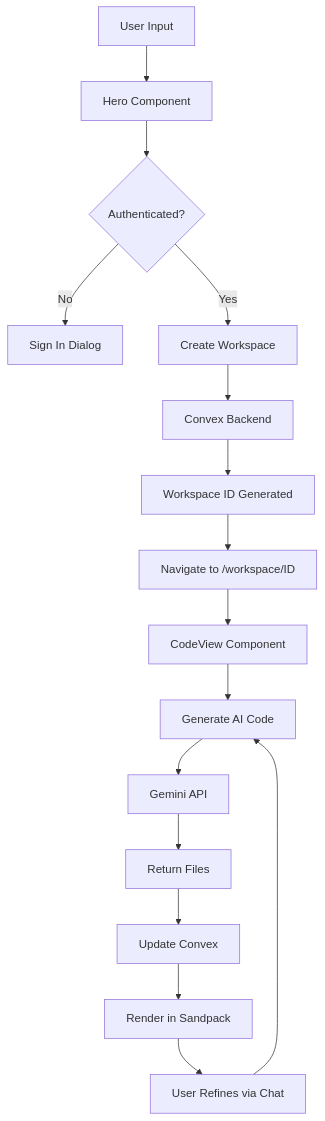
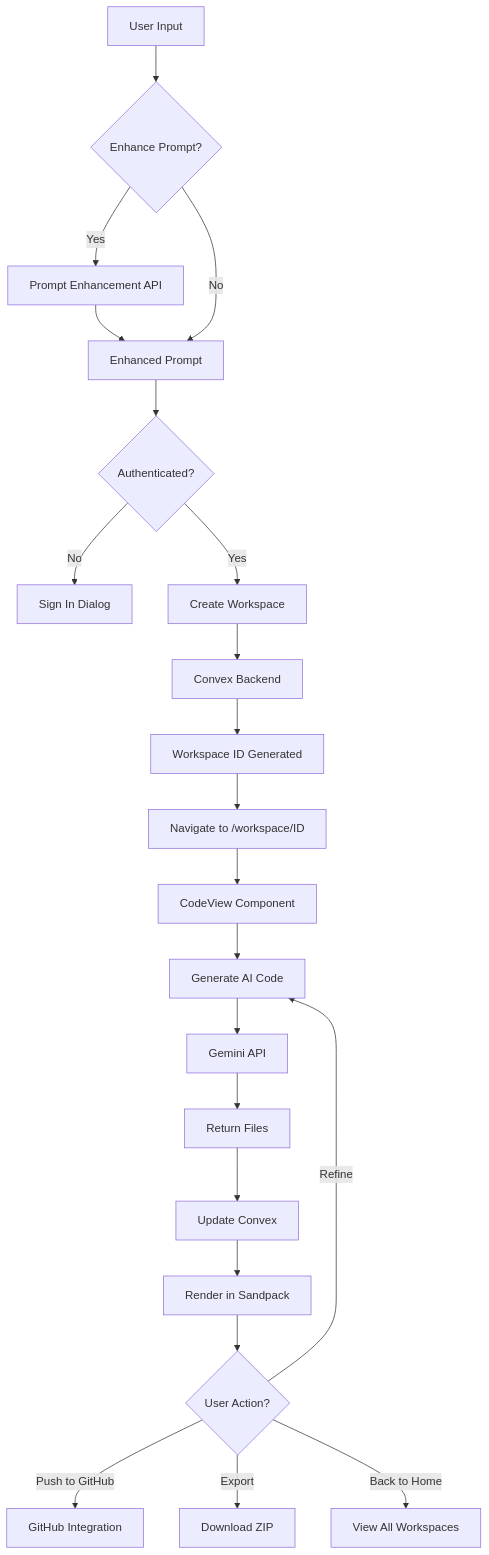
One commit to priyyannshhu/astra-ai changed the diagram in README.md. Above: the diagram before and after it, drawn with Mermaid. The commit also changed other lines of this file, not shown here.

````diff
--- a/README.md
+++ b/README.md
@@ -293,18 +364,24 @@
 ```mermaid
 graph TB
-    A[User Input] --> B[Hero Component]
-    B --> C{Authenticated?}
-    C -->|No| D[Sign In Dialog]
-    C -->|Yes| E[Create Workspace]
-    E --> F[Convex Backend]
-    F --> G[Workspace ID Generated]
-    G --> H[Navigate to /workspace/ID]
-    H --> I[CodeView Component]
-    I --> J[Generate AI Code]
-    J --> K[Gemini API]
-    K --> L[Return Files]
-    L --> M[Update Convex]
-    M --> N[Render in Sandpack]
-    N --> O[User Refines via Chat]
-    O --> J
+    A[User Input] --> B{Enhance Prompt?}
+    B -->|Yes| C[Prompt Enhancement API]
+    C --> D[Enhanced Prompt]
+    B -->|No| D
+    D --> E{Authenticated?}
+    E -->|No| F[Sign In Dialog]
+    E -->|Yes| G[Create Workspace]
+    G --> H[Convex Backend]
+    H --> I[Workspace ID Generated]
+    I --> J[Navigate to /workspace/ID]
+    J --> K[CodeView Component]
+    K --> L[Generate AI Code]
+    L --> M[Gemini API]
+    M --> N[Return Files]
+    N --> O[Update Convex]
+    O --> P[Render in Sandpack]
+    P --> Q{User Action?}
+    Q -->|Refine| L
+    Q -->|Push to GitHub| R[GitHub Integration]
+    Q -->|Export| S[Download ZIP]
+    Q -->|Back to Home| T[View All Workspaces]
 ```
````
